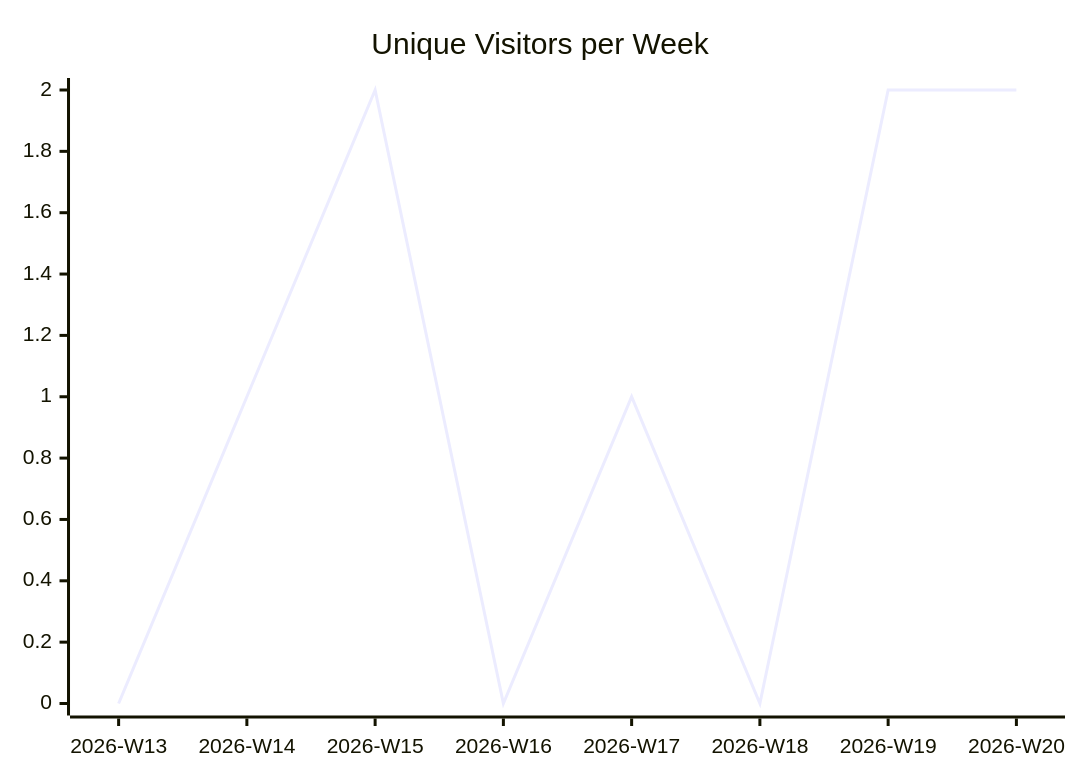
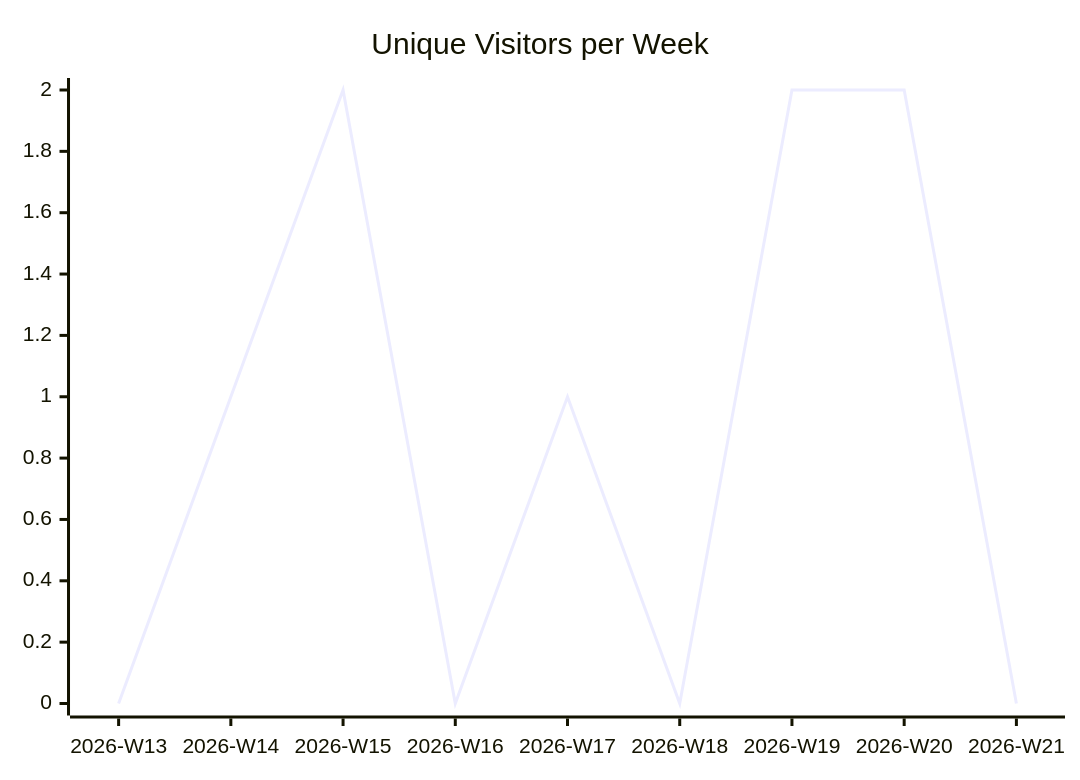
Before and after one commit to justdavis-family/github-analytics-data: the first of 3 diagrams in justdavis-family/justdavis/README.md, drawn with Mermaid. The commit also changed other lines of this file and 189 other files, not shown here.

````diff
--- a/justdavis-family/justdavis/README.md
+++ b/justdavis-family/justdavis/README.md
@@ -5,6 +5,6 @@
 ```mermaid
 xychart-beta
   title "Unique Visitors per Week"
-  x-axis ["2026-W13", "2026-W14", "2026-W15", "2026-W16", "2026-W17", "2026-W18", "2026-W19", "2026-W20"]
-  line [0, 1, 2, 0, 1, 0, 2, 2]
+  x-axis ["2026-W13", "2026-W14", "2026-W15", "2026-W16", "2026-W17", "2026-W18", "2026-W19", "2026-W20", "2026-W21"]
+  line [0, 1, 2, 0, 1, 0, 2, 2, 0]
 ```
````
